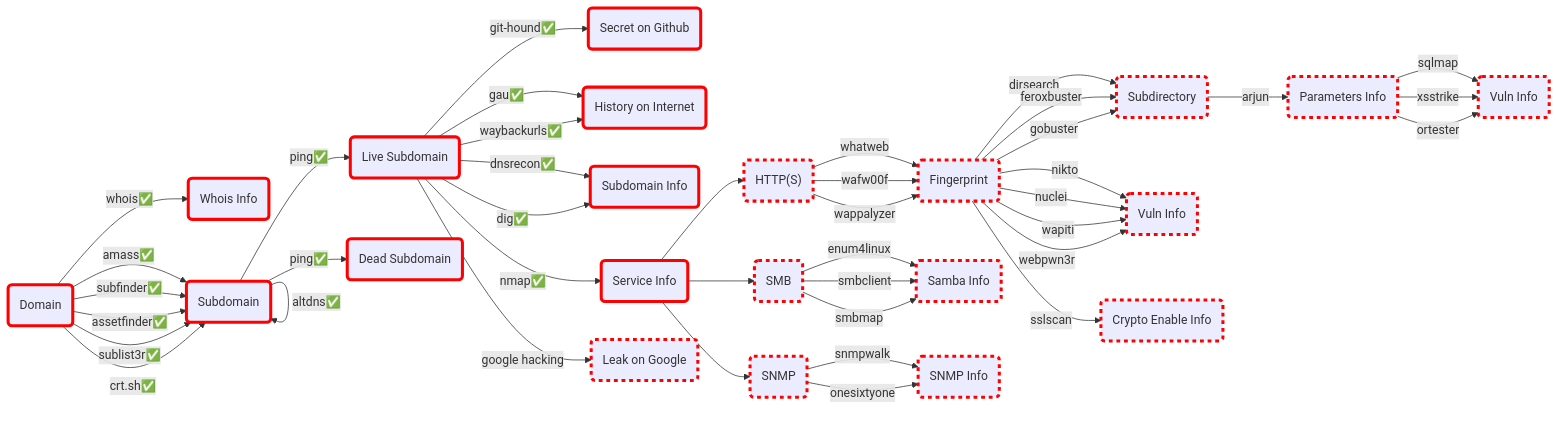
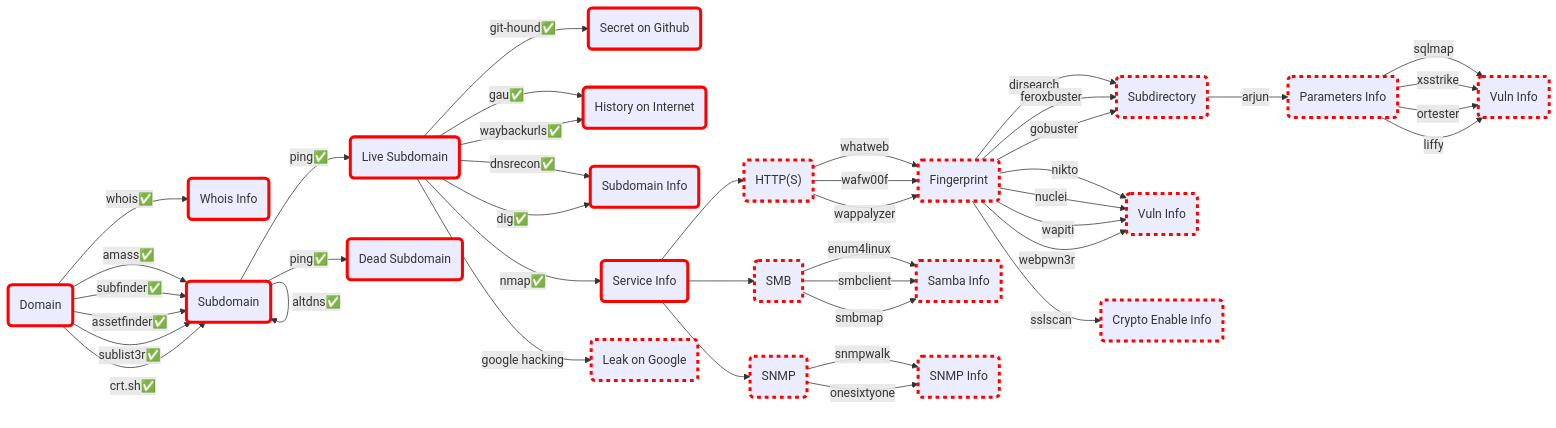
Before and after one commit to astroicers/recon-pocket: the first of 2 diagrams in README.md, drawn with Mermaid. The commit also changed other lines of this file, not shown here.

````diff
--- a/README.md
+++ b/README.md
@@ -9,63 +9,64 @@
 ```mermaid
 graph LR
 
   style A  stroke:red,stroke-width:4px
   style B1 stroke:red,stroke-width:4px
   style B2 stroke:red,stroke-width:4px
   style C1 stroke:red,stroke-width:4px
   style C2 stroke:red,stroke-width:4px
   style C3 stroke:red,stroke-width:4px
   style C4 stroke:red,stroke-width:4px
   style D1 stroke:red,stroke-width:4px
   style D2 stroke:red,stroke-width:4px
   style D3 stroke:red,stroke-width:4px,stroke-dasharray: 5 5
   style E1 stroke:red,stroke-width:4px,stroke-dasharray: 5 5
   style E2 stroke:red,stroke-width:4px,stroke-dasharray: 5 5
   style E3 stroke:red,stroke-width:4px,stroke-dasharray: 5 5
   style F1 stroke:red,stroke-width:4px,stroke-dasharray: 5 5
   style F2 stroke:red,stroke-width:4px,stroke-dasharray: 5 5
   style F3 stroke:red,stroke-width:4px,stroke-dasharray: 5 5
   style G1 stroke:red,stroke-width:4px,stroke-dasharray: 5 5
   style G2 stroke:red,stroke-width:4px,stroke-dasharray: 5 5
   style G3 stroke:red,stroke-width:4px,stroke-dasharray: 5 5
   style H1 stroke:red,stroke-width:4px,stroke-dasharray: 5 5
   style I1 stroke:red,stroke-width:4px,stroke-dasharray: 5 5
   A(Domain) -->|"whois✅"|B1(Whois Info)
   A(Domain) -->|"amass✅"|B2(Subdomain)
   A(Domain) -->|"subfinder✅"|B2(Subdomain)
   A(Domain) -->|"assetfinder✅"|B2(Subdomain)
   A(Domain) -->|"sublist3r✅"|B2(Subdomain)
   A(Domain) -->|"crt.sh✅"|B2(Subdomain)
   B2(Subdomain) -->|"altdns✅"|B2(Subdomain)
   B2(Subdomain) -->|"ping✅"|C1(Live Subdomain) & C2(Dead Subdomain)
   C1(Live Subdomain) -->|"git-hound✅"|C3(Secret on Github)
   C1(Live Subdomain) -->|"gau✅"|C4(History on Internet)
   C1(Live Subdomain) -->|"waybackurls✅"|C4(History on Internet)
   C1(Live Subdomain) -->|"dnsrecon✅"|D1(Subdomain Info)
   C1(Live Subdomain) -->|"dig✅"|D1(Subdomain Info)
   C1(Live Subdomain) -->|"nmap✅"|D2(Service Info)
   C1(Live Subdomain) -->|"google hacking"|D3(Leak on Google)
   D2(Service Info) --> E1("HTTP(S)")
   D2(Service Info) --> E2(SMB)
   D2(Service Info) --> E3(SNMP)
   E1("HTTP(S)") -->|"whatweb"|F1(Fingerprint)
   E1("HTTP(S)") -->|"wafw00f"|F1(Fingerprint)
   E1("HTTP(S)") -->|"wappalyzer"|F1(Fingerprint)
   E2(SMB) -->|"enum4linux"|F2(Samba Info)
   E2(SMB) -->|"smbclient"|F2(Samba Info)
   E2(SMB) -->|"smbmap"|F2(Samba Info)
   E3(SNMP) -->|"snmpwalk"|F3(SNMP Info)
   E3(SNMP) -->|"onesixtyone"|F3(SNMP Info)
   F1(Fingerprint) -->|"dirsearch"|G1(Subdirectory)
   F1(Fingerprint) -->|"feroxbuster"|G1(Subdirectory)
   F1(Fingerprint) -->|"gobuster"|G1(Subdirectory)
   F1(Fingerprint) -->|"nikto"|G2(Vuln Info)
   F1(Fingerprint) -->|"nuclei"|G2(Vuln Info)
   F1(Fingerprint) -->|"wapiti"|G2(Vuln Info)
   F1(Fingerprint) -->|"webpwn3r"|G2(Vuln Info)
   F1(Fingerprint) -->|"sslscan"|G3(Crypto Enable Info)
   G1(Subdirectory) -->|"arjun"|H1(Parameters Info)
   H1(Parameters Info) -->|"sqlmap"|I1(Vuln Info)
   H1(Parameters Info) -->|"xsstrike"|I1(Vuln Info)
   H1(Parameters Info) -->|"ortester"|I1(Vuln Info)
+  H1(Parameters Info) -->|"liffy"|I1(Vuln Info)
 ```
````
